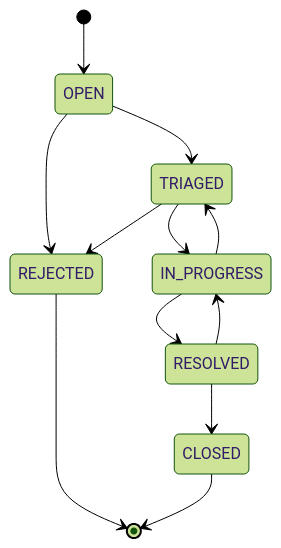
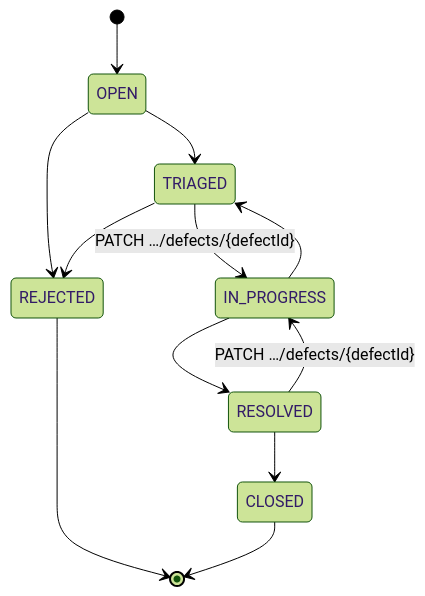
Before and after one commit to mdavila-2001/mantra-core-health-api: the second of 15 diagrams in docs/inventario/flujos/qa_lab.md, drawn with Mermaid (forest theme). The commit also changed 9 other files, not shown here.

````diff
--- a/docs/inventario/flujos/qa_lab.md
+++ b/docs/inventario/flujos/qa_lab.md
@@ -204,14 +204,14 @@
 ```mermaid
 stateDiagram-v2
   [*] --> OPEN
   OPEN --> TRIAGED
   OPEN --> REJECTED
-  TRIAGED --> IN_PROGRESS
+  TRIAGED --> IN_PROGRESS : PATCH …/defects/{defectId}
   TRIAGED --> REJECTED
   IN_PROGRESS --> RESOLVED
   IN_PROGRESS --> TRIAGED
   RESOLVED --> CLOSED
-  RESOLVED --> IN_PROGRESS
+  RESOLVED --> IN_PROGRESS : PATCH …/defects/{defectId}
   REJECTED --> [*]
   CLOSED --> [*]
 ```
````
